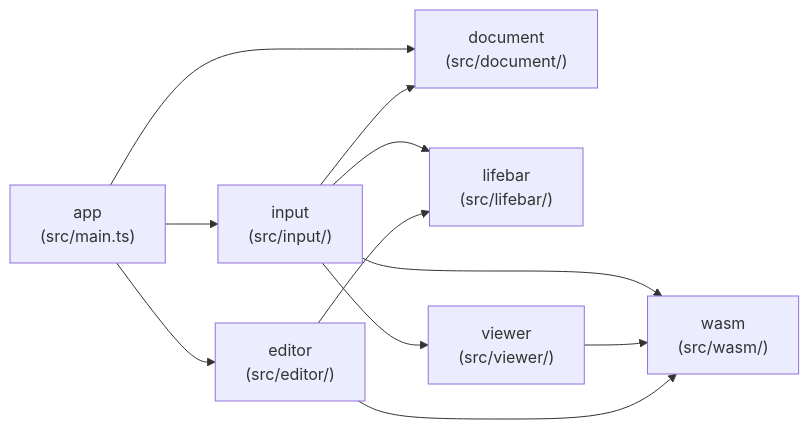
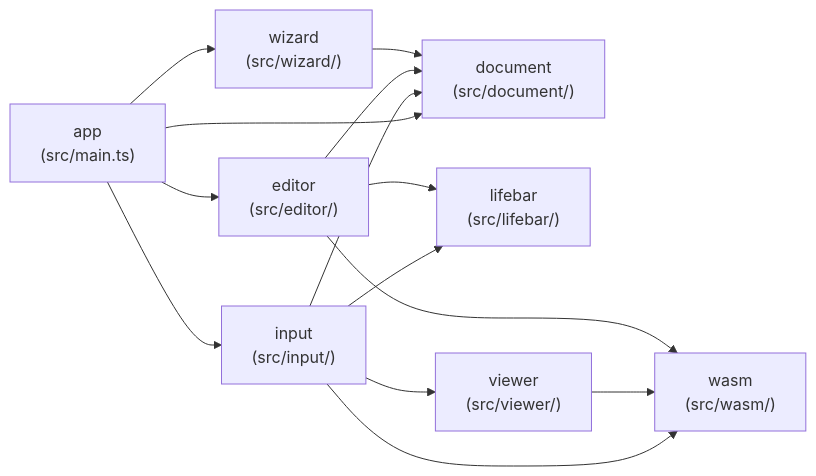
Before and after one commit to openkakutou/lifebar-editor: the first of 3 diagrams in docs/architecture.md, drawn with Mermaid. The commit also changed other lines of this file and 20 other files, not shown here.

````diff
--- a/docs/architecture.md
+++ b/docs/architecture.md
@@ -13,13 +13,16 @@
 ```mermaid
 flowchart LR
     app["app\n(src/main.ts)"] --> input["input\n(src/input/)"]
     app --> document["document\n(src/document/)"]
     app --> editor["editor\n(src/editor/)"]
+    app --> wizard["wizard\n(src/wizard/)"]
     input --> lifebar["lifebar\n(src/lifebar/)"]
     input --> document
     input --> wasm["wasm\n(src/wasm/)"]
     input --> viewer["viewer\n(src/viewer/)"]
     viewer --> wasm
     editor --> lifebar
     editor --> wasm
+    editor --> document
+    wizard --> document
 ```
````
